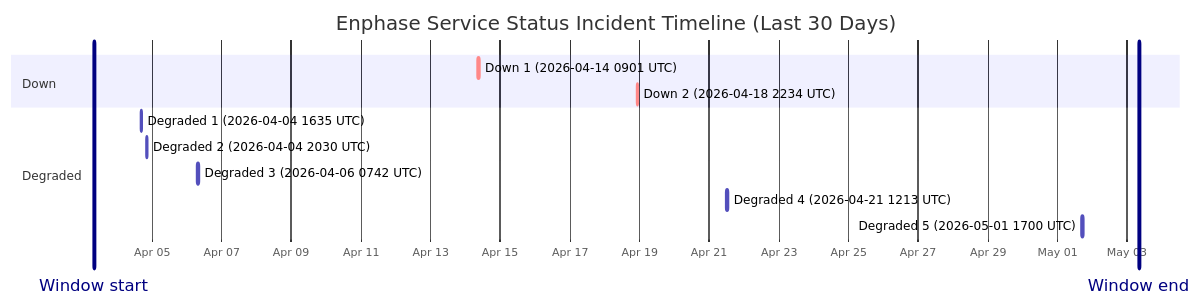
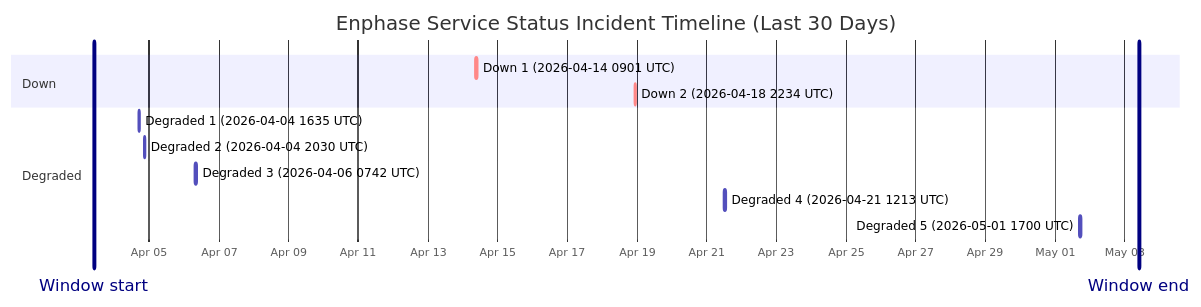
One commit to barneyonline/ha-enphase-ev-charger changed the diagram in wiki/Service-Status-History.md. Above: the diagram before and after it, drawn with Mermaid. The commit also changed other lines of this file and 3 other files, not shown here.

````diff
--- a/wiki/Service-Status-History.md
+++ b/wiki/Service-Status-History.md
@@ -14,17 +14,17 @@
 ```mermaid
 gantt
     title Enphase Service Status Incident Timeline (Last 30 Days)
     dateFormat  YYYY-MM-DDTHH:mm:ss
     axisFormat  %b %d
-    Window start :vert, window-start, 2026-04-03T08:10:20, 0ms
-    Window end :vert, window-end, 2026-05-03T08:10:20, 0ms
+    Window start :vert, window-start, 2026-04-03T09:47:26, 0ms
+    Window end :vert, window-end, 2026-05-03T09:47:26, 0ms
     section Down
     Down 1 (2026-04-14 0901 UTC) :crit, down-1, 2026-04-14T09:01:13, 60m
     Down 2 (2026-04-18 2234 UTC) :crit, down-2, 2026-04-18T22:34:13, 60m
     section Degraded
     Degraded 1 (2026-04-04 1635 UTC) :active, degraded-1, 2026-04-04T16:35:17, 60m
     Degraded 2 (2026-04-04 2030 UTC) :active, degraded-2, 2026-04-04T20:30:40, 60m
     Degraded 3 (2026-04-06 0742 UTC) :active, degraded-3, 2026-04-06T07:42:09, 85m
     Degraded 4 (2026-04-21 1213 UTC) :active, degraded-4, 2026-04-21T12:13:11, 60m
     Degraded 5 (2026-05-01 1700 UTC) :active, degraded-5, 2026-05-01T17:00:22, 60m
 ```
````
